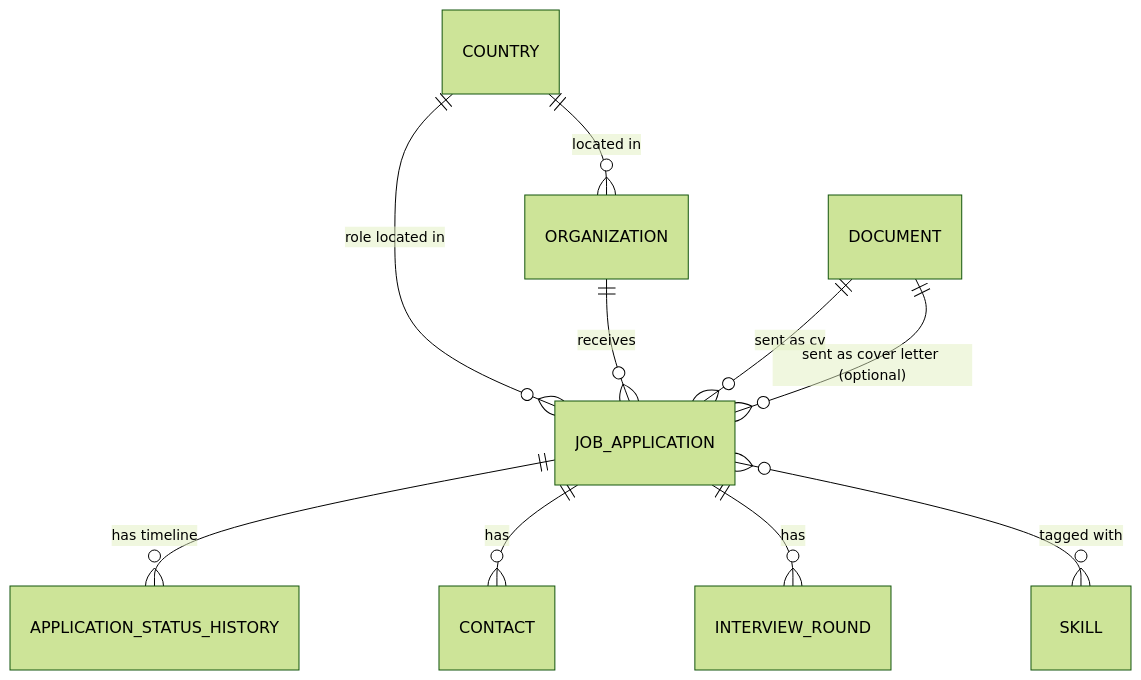
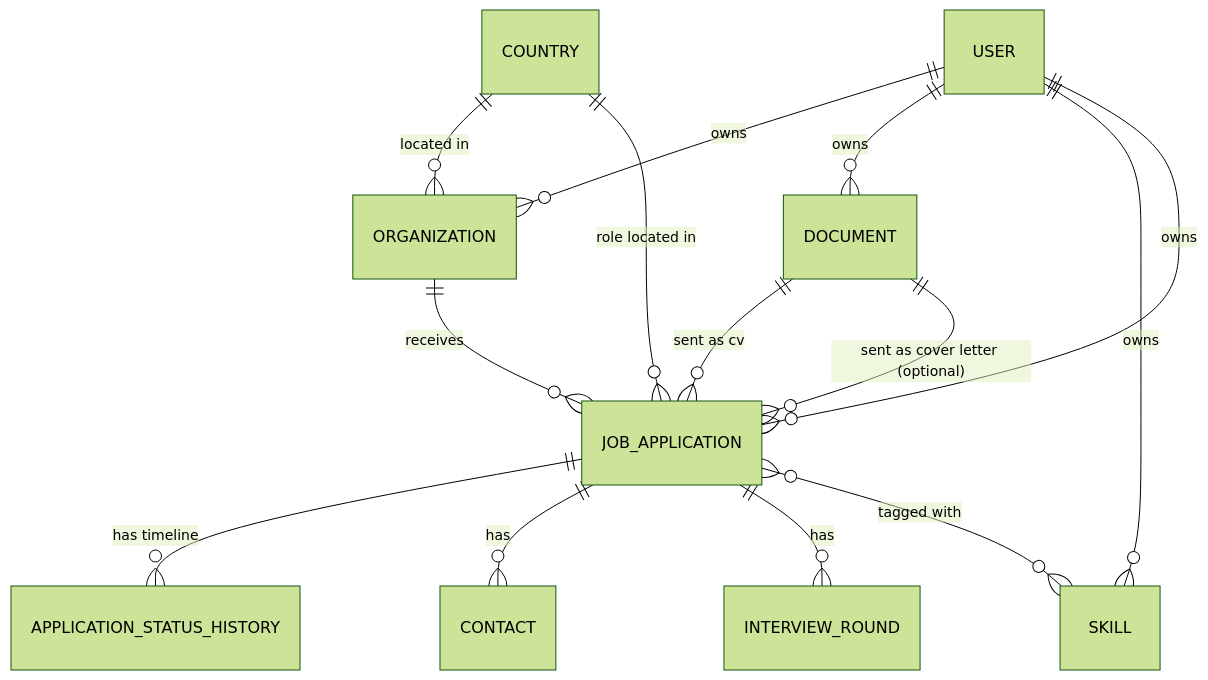
Before and after one commit to mihai2000q/CvTracker: the diagram in .docs/01-domain-model.md, drawn with Mermaid (forest theme). The commit also changed other lines of this file and 5 other files, not shown here.

````diff
--- a/.docs/01-domain-model.md
+++ b/.docs/01-domain-model.md
@@ -121,12 +142,16 @@
 ```mermaid
 erDiagram
+    USER ||--o{ ORGANIZATION : "owns"
+    USER ||--o{ DOCUMENT : "owns"
+    USER ||--o{ SKILL : "owns"
+    USER ||--o{ JOB_APPLICATION : "owns"
     COUNTRY ||--o{ ORGANIZATION : "located in"
     COUNTRY ||--o{ JOB_APPLICATION : "role located in"
     ORGANIZATION ||--o{ JOB_APPLICATION : "receives"
     DOCUMENT ||--o{ JOB_APPLICATION : "sent as cv"
     DOCUMENT ||--o{ JOB_APPLICATION : "sent as cover letter (optional)"
     JOB_APPLICATION ||--o{ APPLICATION_STATUS_HISTORY : "has timeline"
     JOB_APPLICATION ||--o{ CONTACT : "has"
     JOB_APPLICATION ||--o{ INTERVIEW_ROUND : "has"
     JOB_APPLICATION }o--o{ SKILL : "tagged with"
 ```
````
